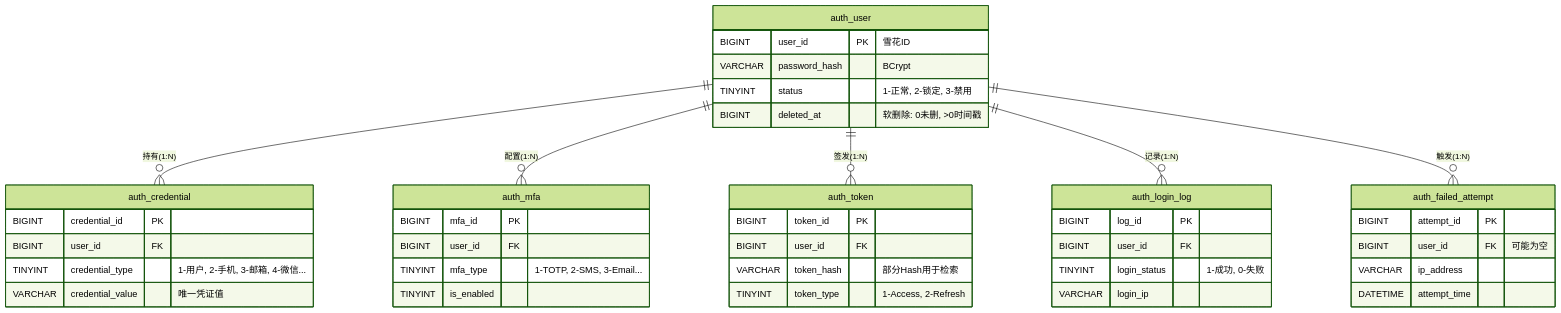
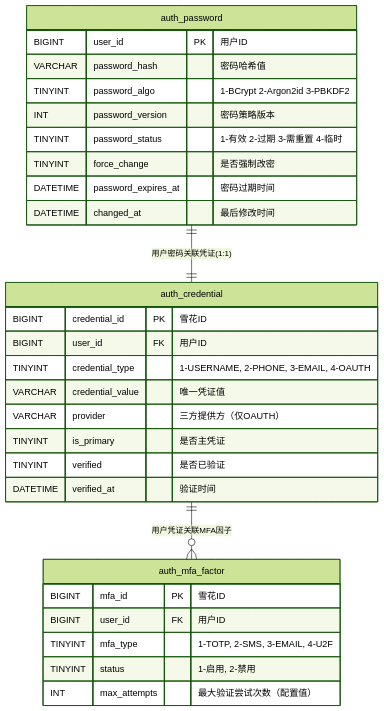
Before and after one commit to Yggdrasil-Labs/valhalla-auth: the diagram in db/README.md, drawn with Mermaid (forest theme). The commit also changed other lines of this file and 8 other files, not shown here.

````diff
--- a/db/README.md
+++ b/db/README.md
@@ -7,51 +7,37 @@
 ```mermaid
 erDiagram
     %% 核心实体关系
-    auth_user ||--o{ auth_credential : "持有(1:N)"
-    auth_user ||--o{ auth_mfa : "配置(1:N)"
-    auth_user ||--o{ auth_token : "签发(1:N)"
-    auth_user ||--o{ auth_login_log : "记录(1:N)"
-    auth_user ||--o{ auth_failed_attempt : "触发(1:N)"
+    auth_password ||--|| auth_credential : "用户密码关联凭证(1:1)"
+    auth_credential ||--o{ auth_mfa_factor : "用户凭证关联MFA因子"
 
-    auth_user {
-        BIGINT user_id PK "雪花ID"
-        VARCHAR password_hash "BCrypt"
-        TINYINT status "1-正常, 2-锁定, 3-禁用"
-        BIGINT deleted_at "软删除: 0未删, >0时间戳"
+    auth_password {
+        BIGINT user_id PK "用户ID"
+        VARCHAR password_hash "密码哈希值"
+        TINYINT password_algo "1-BCrypt 2-Argon2id 3-PBKDF2"
+        INT password_version "密码策略版本"
+        TINYINT password_status "1-有效 2-过期 3-需重置 4-临时"
+        TINYINT force_change "是否强制改密"
+        DATETIME password_expires_at "密码过期时间"
+        DATETIME changed_at "最后修改时间"
     }
 
     auth_credential {
-        BIGINT credential_id PK
-        BIGINT user_id FK
-        TINYINT credential_type "1-用户, 2-手机, 3-邮箱, 4-微信..."
+        BIGINT credential_id PK "雪花ID"
+        BIGINT user_id FK "用户ID"
+        TINYINT credential_type "1-USERNAME, 2-PHONE, 3-EMAIL, 4-OAUTH"
         VARCHAR credential_value "唯一凭证值"
+        VARCHAR provider "三方提供方（仅OAUTH）"
+        TINYINT is_primary "是否主凭证"
+        TINYINT verified "是否已验证"
+        DATETIME verified_at "验证时间"
     }
 
-    auth_mfa {
-        BIGINT mfa_id PK
-        BIGINT user_id FK
-        TINYINT mfa_type "1-TOTP, 2-SMS, 3-Email..."
-        TINYINT is_enabled
+    auth_mfa_factor {
+        BIGINT mfa_id PK "雪花ID"
+        BIGINT user_id FK "用户ID"
+        TINYINT mfa_type "1-TOTP, 2-SMS, 3-EMAIL, 4-U2F"
+        TINYINT status "1-启用, 2-禁用"
+        INT max_attempts "最大验证尝试次数（配置值）"
     }
 
-    auth_token {
-        BIGINT token_id PK
-        BIGINT user_id FK
-        VARCHAR token_hash "部分Hash用于检索"
-        TINYINT token_type "1-Access, 2-Refresh"
-    }
-
-    auth_login_log {
-        BIGINT log_id PK
-        BIGINT user_id FK
-        TINYINT login_status "1-成功, 0-失败"
-        VARCHAR login_ip
-    }
-    
-    auth_failed_attempt {
-        BIGINT attempt_id PK
-        BIGINT user_id FK "可能为空"
-        VARCHAR ip_address
-        DATETIME attempt_time
-    }
 ```
````
